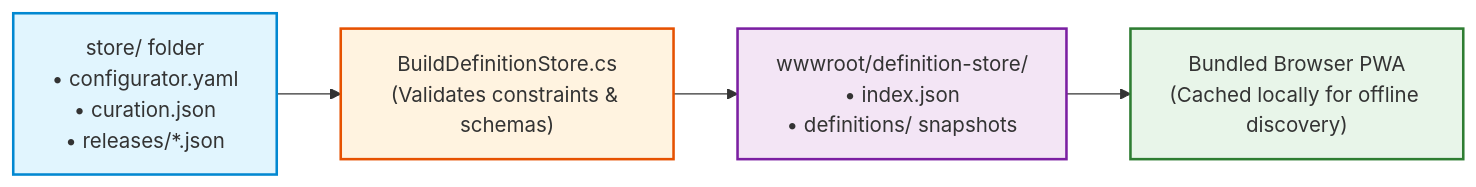
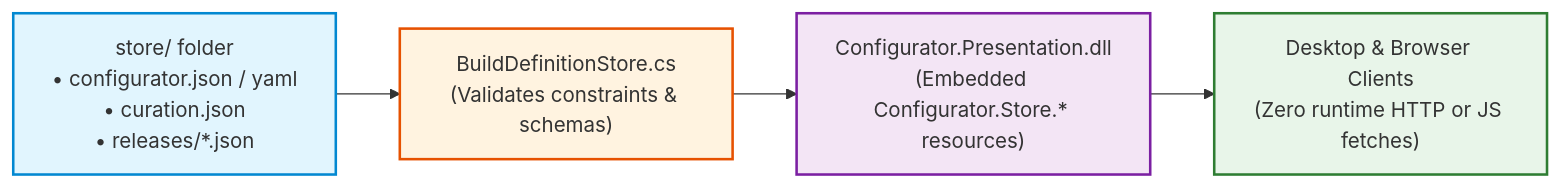
The diagram in docs/public/definition-store.md (islamu-ngo/Configurator), drawn with Mermaid before and after one commit. The commit also changed other lines of this file and 17 other files, not shown here.

First line of the commit message:
feat(browser): consume embedded presentation store provider in catalogue

````diff
--- a/docs/public/definition-store.md
+++ b/docs/public/definition-store.md
@@ -17,11 +17,11 @@
 ```mermaid
 flowchart LR
-    SRC["store/ folder<br/>• configurator.yaml<br/>• curation.json<br/>• releases/*.json"] --> BUILD["BuildDefinitionStore.cs<br/>(Validates constraints & schemas)"]
-    BUILD --> ASSETS["wwwroot/definition-store/<br/>• index.json<br/>• definitions/ snapshots"]
-    ASSETS --> PWA["Bundled Browser PWA<br/>(Cached locally for offline discovery)"]
+    SRC["store/ folder<br/>• configurator.json / yaml<br/>• curation.json<br/>• releases/*.json"] --> BUILD["BuildDefinitionStore.cs<br/>(Validates constraints & schemas)"]
+    BUILD --> ASSETS["Configurator.Presentation.dll<br/>(Embedded Configurator.Store.* resources)"]
+    ASSETS --> CLIENTS["Desktop & Browser Clients<br/>(Zero runtime HTTP or JS fetches)"]
 
     style SRC fill:#e1f5fe,stroke:#0288d1,stroke-width:2px
     style BUILD fill:#fff3e0,stroke:#e65100,stroke-width:2px
     style ASSETS fill:#f3e5f5,stroke:#7b1fa2,stroke-width:2px
-    style PWA fill:#e8f5e9,stroke:#2e7d32,stroke-width:2px
+    style CLIENTS fill:#e8f5e9,stroke:#2e7d32,stroke-width:2px
 ```
````
